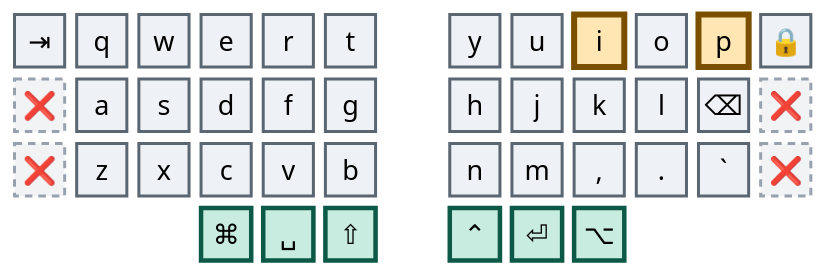
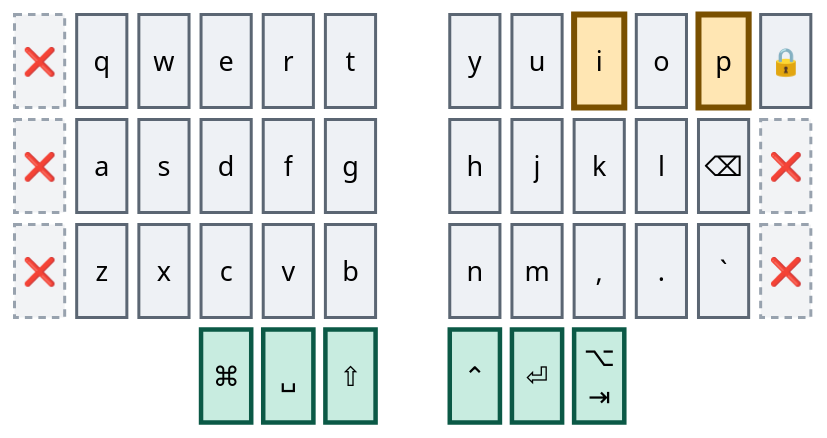
Diagram 14 of 41 in combos.md (abloch/zmk-corne), drawn with Mermaid before and after one commit. The commit also changed other lines of this file and 5 other files, not shown here.

````diff
--- a/combos.md
+++ b/combos.md
@@ -373,21 +373,21 @@
 ```mermaid
 %%{init: {'theme':'base','themeVariables':{'primaryColor':'#eef1f5','primaryTextColor':'#0b0f14','primaryBorderColor':'#5b6673','nodeTextColor':'#0b0f14','textColor':'#0b0f14','mainBkg':'#eef1f5','fontSize':'18px'}}}%%
 block
 columns 13
 
-  tab["⇥"] q w e r t space y u i o p lock["🔒"]
+  tab["❌"] q w e r t space y u i o p lock["🔒"]
   x4["❌"] a s d f g space h j k l bspc["⌫"] x1["❌"]
   x2["❌"] z x c v b space n m cma[","] dot["."] grv[" `"] x3["❌"]
-  space:3 cmd["⌘"] spc["␣"] sft["⇧"] space ctl["⌃"] ent["⏎"] alt["⌥"] space:3
+  space:3 cmd["⌘"] spc["␣"] sft["⇧"] space ctl["⌃"] ent["⏎"] alt["⌥<br/>⇥"] space:3
 
   classDef anchor fill:#bfe6f0,stroke:#0a4f63,stroke-width:4px,color:#04222b
   classDef trig fill:#ffe6b3,stroke:#7a5000,stroke-width:4px,color:#2e1e00
   classDef core fill:#eef1f5,stroke:#5b6673,stroke-width:2px,color:#0b0f14
   classDef thumb fill:#c8ece0,stroke:#0b5946,stroke-width:3px,color:#06241c
   classDef dead fill:#f2f3f5,stroke:#98a2ae,stroke-width:2px,stroke-dasharray:5 4,color:#5b6673
 
   class i,p trig
-  class tab,q,w,e,r,t,y,u,o,lock,a,s,d,f,g,h,j,k,l,bspc,z,x,c,v,b,n,m,cma,dot,grv core
+  class q,w,e,r,t,y,u,o,lock,a,s,d,f,g,h,j,k,l,bspc,z,x,c,v,b,n,m,cma,dot,grv core
   class cmd,spc,sft,ctl,ent,alt thumb
-  class x1,x2,x3,x4 dead
+  class tab,x1,x2,x3,x4 dead
 ```
````
